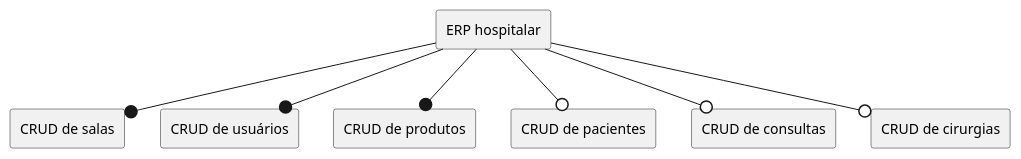
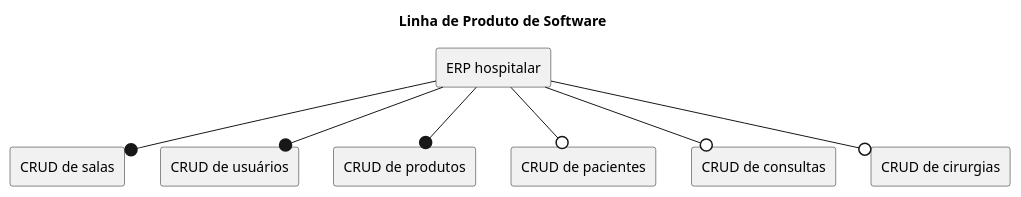
Before and after one commit to vaniacourses/projeto-software-robson-caetano: the diagram in docs/linha-produto-software.puml, drawn with PlantUML. The commit also changed 3 other files, not shown here.

Commit message:
docs: update diagramas

```diff
--- a/docs/linha-produto-software.puml
+++ b/docs/linha-produto-software.puml
@@ -1,18 +1,21 @@
 @startuml
+
+title "Linha de Produto de Software"
+
 agent "ERP hospitalar" as erp
 
 agent "CRUD de salas" as salas
 agent "CRUD de usuários" as usuarios
 agent "CRUD de produtos" as produtos
 agent "CRUD de pacientes" as pacientes
 agent "CRUD de consultas" as consultas
 agent "CRUD de cirurgias" as cirurgias
 
 erp --@ salas
 erp --0 pacientes
 erp --@ usuarios
 erp --@ produtos
 erp --0 consultas
 erp --0 cirurgias
 
 @enduml
```
